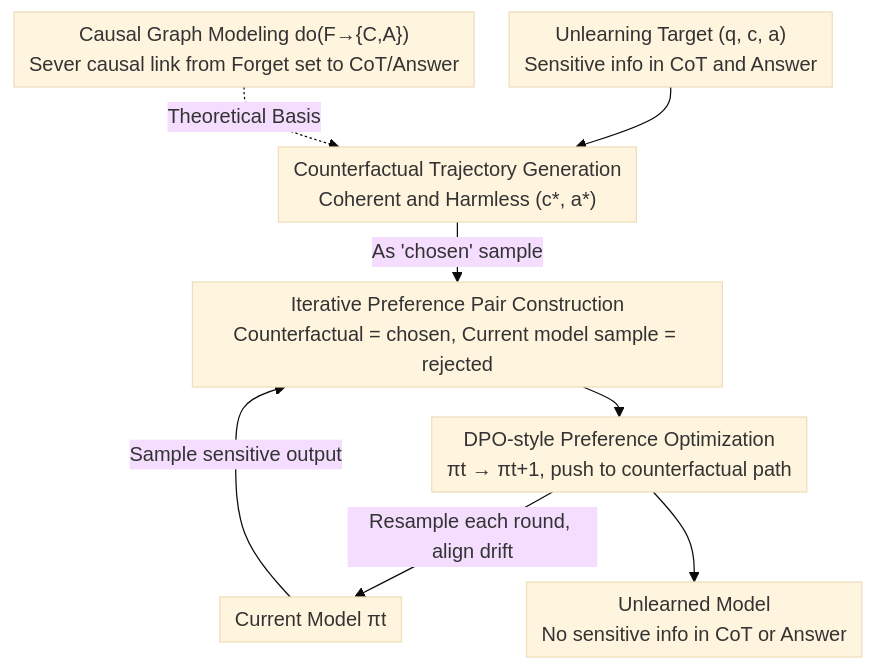
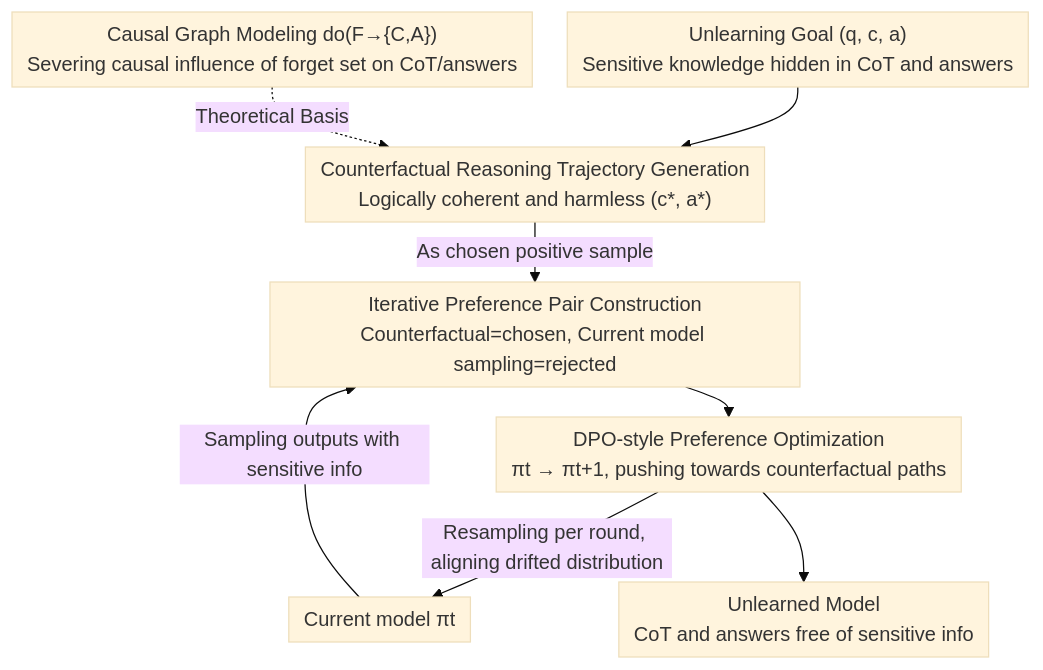
The diagram in docs/ACL2026/llm_safety/cipo_counterfactual_unlearning_for_large_reasoning_models_through_iterative_pref.md (zhaoyang97/Paper-Notes-en), drawn with Mermaid (base theme) before and after one commit. The commit also changed other lines of this file and 5084 other files, not shown here.

````diff
--- a/docs/ACL2026/llm_safety/cipo_counterfactual_unlearning_for_large_reasoning_models_through_iterative_pref.md
+++ b/docs/ACL2026/llm_safety/cipo_counterfactual_unlearning_for_large_reasoning_models_through_iterative_pref.md
@@ -45,11 +45,11 @@
 ```mermaid
 %%{init: {'flowchart': {'rankSpacing': 24, 'nodeSpacing': 28, 'padding': 6, 'wrappingWidth': 400}}}%%
 flowchart TD
-    A["Unlearning Target (q, c, a)<br/>Sensitive info in CoT and Answer"] --> B["Counterfactual Trajectory Generation<br/>Coherent and Harmless (c*, a*)"]
-    G["Causal Graph Modeling do(F→{C,A})<br/>Sever causal link from Forget set to CoT/Answer"] -.Theoretical Basis.-> B
-    B -->|As 'chosen' sample| C["Iterative Preference Pair Construction<br/>Counterfactual = chosen, Current model sample = rejected"]
-    M["Current Model πt"] -->|Sample sensitive output| C
-    C --> D["DPO-style Preference Optimization<br/>πt → πt+1, push to counterfactual path"]
-    D -->|Resample each round, align drift| M
-    D --> E["Unlearned Model<br/>No sensitive info in CoT or Answer"]
+    A["Unlearning Goal (q, c, a)<br/>Sensitive knowledge hidden in CoT and answers"] --> B["Counterfactual Reasoning Trajectory Generation<br/>Logically coherent and harmless (c*, a*)"]
+    G["Causal Graph Modeling do(F→{C,A})<br/>Severing causal influence of forget set on CoT/answers"] -.Theoretical Basis.-> B
+    B -->|As chosen positive sample| C["Iterative Preference Pair Construction<br/>Counterfactual=chosen, Current model sampling=rejected"]
+    M["Current model πt"] -->|Sampling outputs with sensitive info| C
+    C --> D["DPO-style Preference Optimization<br/>πt → πt+1, pushing towards counterfactual paths"]
+    D -->|Resampling per round, aligning drifted distribution| M
+    D --> E["Unlearned Model<br/>CoT and answers free of sensitive info"]
 ```
````
